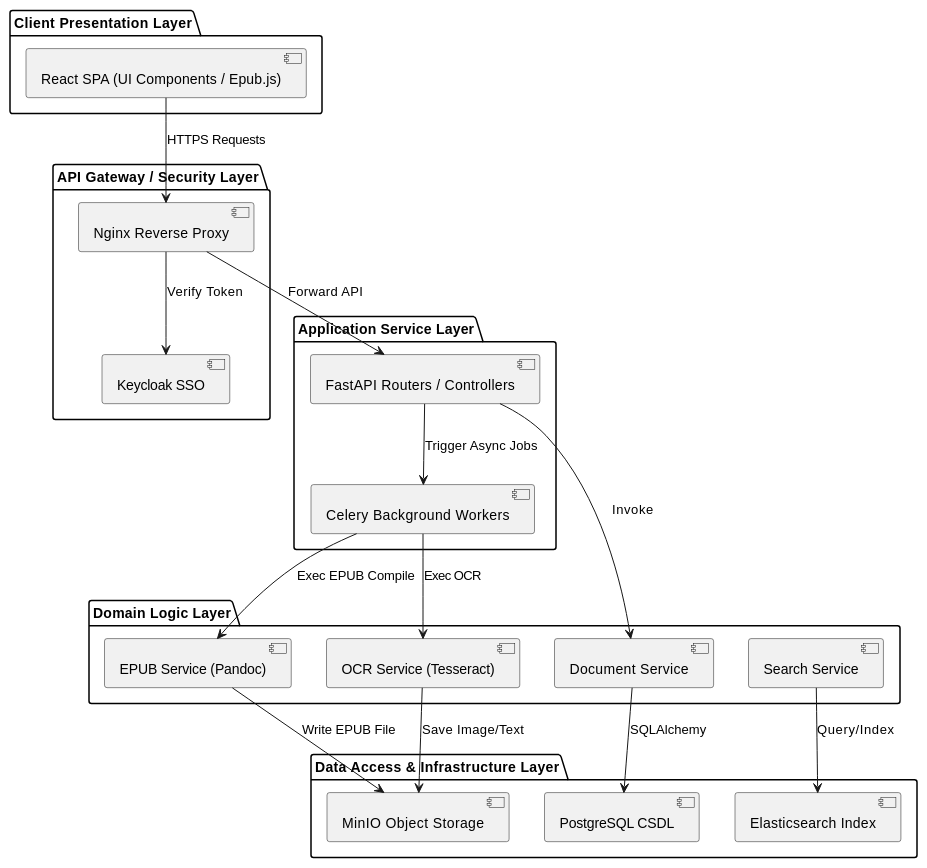
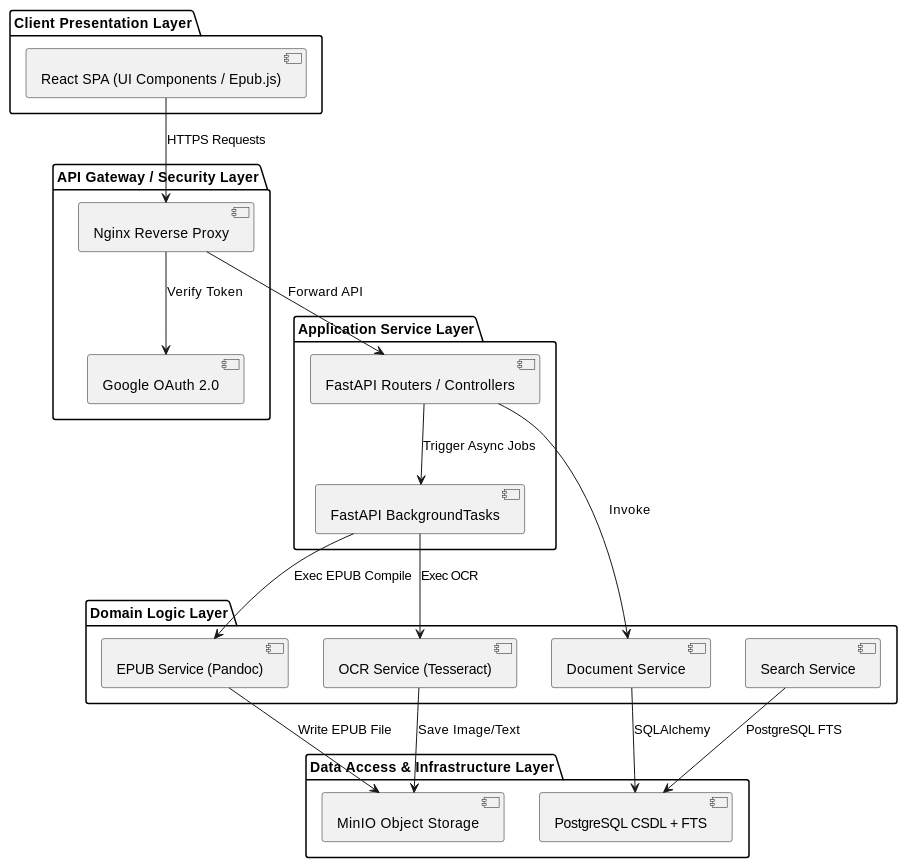
Before and after one commit to se-bros/hcmus-projectmanage--lab: the second of 6 diagrams in docs/06-architecture.md, drawn with PlantUML. The commit also changed other lines of this file and 11 other files, not shown here.

````diff
--- a/docs/06-architecture.md
+++ b/docs/06-architecture.md
@@ -154,43 +155,42 @@
 ```plantuml
 @startuml
 package "Client Presentation Layer" {
     [React SPA (UI Components / Epub.js)] as UI
 }
 
 package "API Gateway / Security Layer" {
     [Nginx Reverse Proxy] as Nginx
-    [Keycloak SSO] as Keycloak
+    [Google OAuth 2.0] as GoogleAuth
 }
 
 package "Application Service Layer" {
     [FastAPI Routers / Controllers] as API
-    [Celery Background Workers] as Celery
+    [FastAPI BackgroundTasks] as BGTasks
 }
 
 package "Domain Logic Layer" {
     [Document Service] as DocSvc
     [OCR Service (Tesseract)] as OCRSvc
     [EPUB Service (Pandoc)] as EPUBSvc
     [Search Service] as SearchSvc
 }
 
 package "Data Access & Infrastructure Layer" {
-    [PostgreSQL CSDL] as DB
+    [PostgreSQL CSDL + FTS] as DB
     [MinIO Object Storage] as S3
-    [Elasticsearch Index] as ES
 }
 
 UI --> Nginx : HTTPS Requests
-Nginx --> Keycloak : Verify Token
+Nginx --> GoogleAuth : Verify Token
 Nginx --> API : Forward API
-API --> Celery : Trigger Async Jobs
+API --> BGTasks : Trigger Async Jobs
 API --> DocSvc : Invoke
-Celery --> OCRSvc : Exec OCR
-Celery --> EPUBSvc : Exec EPUB Compile
+BGTasks --> OCRSvc : Exec OCR
+BGTasks --> EPUBSvc : Exec EPUB Compile
 
 DocSvc --> DB : SQLAlchemy
 OCRSvc --> S3 : Save Image/Text
 EPUBSvc --> S3 : Write EPUB File
-SearchSvc --> ES : Query/Index
+SearchSvc --> DB : PostgreSQL FTS
 @enduml
 ```
````
